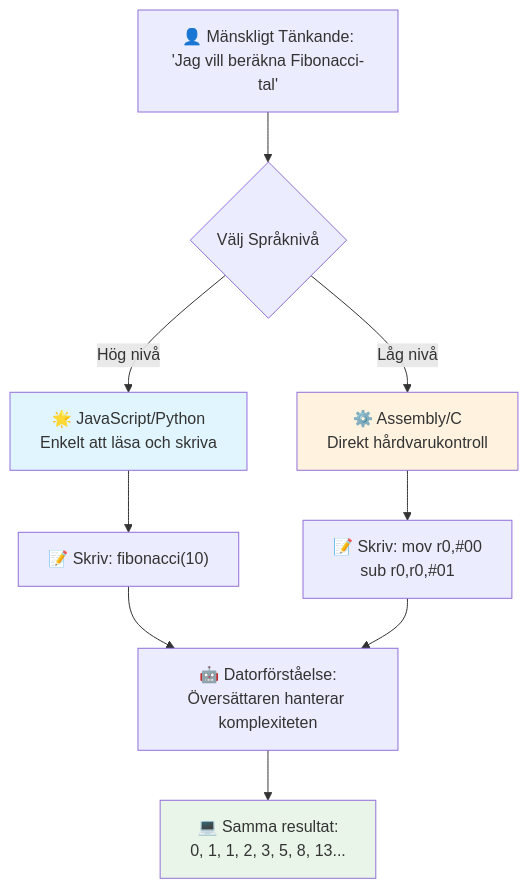
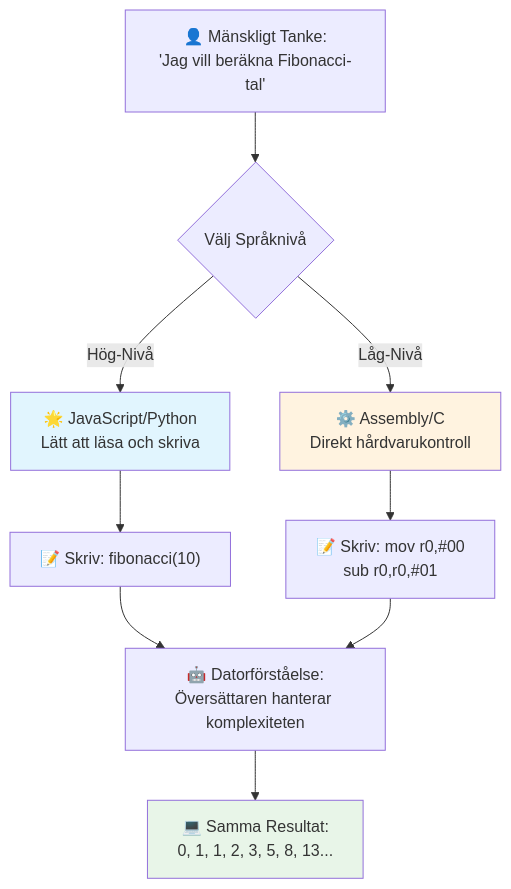
The third of 7 diagrams in translations/sv/1-getting-started-lessons/1-intro-to-programming-languages/README.md (microsoft/Web-Dev-For-Beginners), drawn with Mermaid before and after one commit. The commit also changed other lines of this file and 11 other files, not shown here.

````diff
--- a/translations/sv/1-getting-started-lessons/1-intro-to-programming-languages/README.md
+++ b/translations/sv/1-getting-started-lessons/1-intro-to-programming-languages/README.md
@@ -148,19 +148,19 @@
 ```mermaid
 flowchart TB
-    A["👤 Mänskligt Tänkande:<br/>'Jag vill beräkna Fibonacci-tal'"] --> B{Välj Språknivå}
+    A["👤 Mänskligt Tanke:<br/>'Jag vill beräkna Fibonacci-tal'"] --> B{Välj Språknivå}
     
-    B -->|Hög nivå| C["🌟 JavaScript/Python<br/>Enkelt att läsa och skriva"]
-    B -->|Låg nivå| D["⚙️ Assembly/C<br/>Direkt hårdvarukontroll"]
+    B -->|Hög-Nivå| C["🌟 JavaScript/Python<br/>Lätt att läsa och skriva"]
+    B -->|Låg-Nivå| D["⚙️ Assembly/C<br/>Direkt hårdvarukontroll"]
     
     C --> E["📝 Skriv: fibonacci(10)"]
     D --> F["📝 Skriv: mov r0,#00<br/>sub r0,r0,#01"]
     
     E --> G["🤖 Datorförståelse:<br/>Översättaren hanterar komplexiteten"]
     F --> G
     
-    G --> H["💻 Samma resultat:<br/>0, 1, 1, 2, 3, 5, 8, 13..."]
+    G --> H["💻 Samma Resultat:<br/>0, 1, 1, 2, 3, 5, 8, 13..."]
     
     style C fill:#e1f5fe
     style D fill:#fff3e0
     style H fill:#e8f5e8
 ```
````
